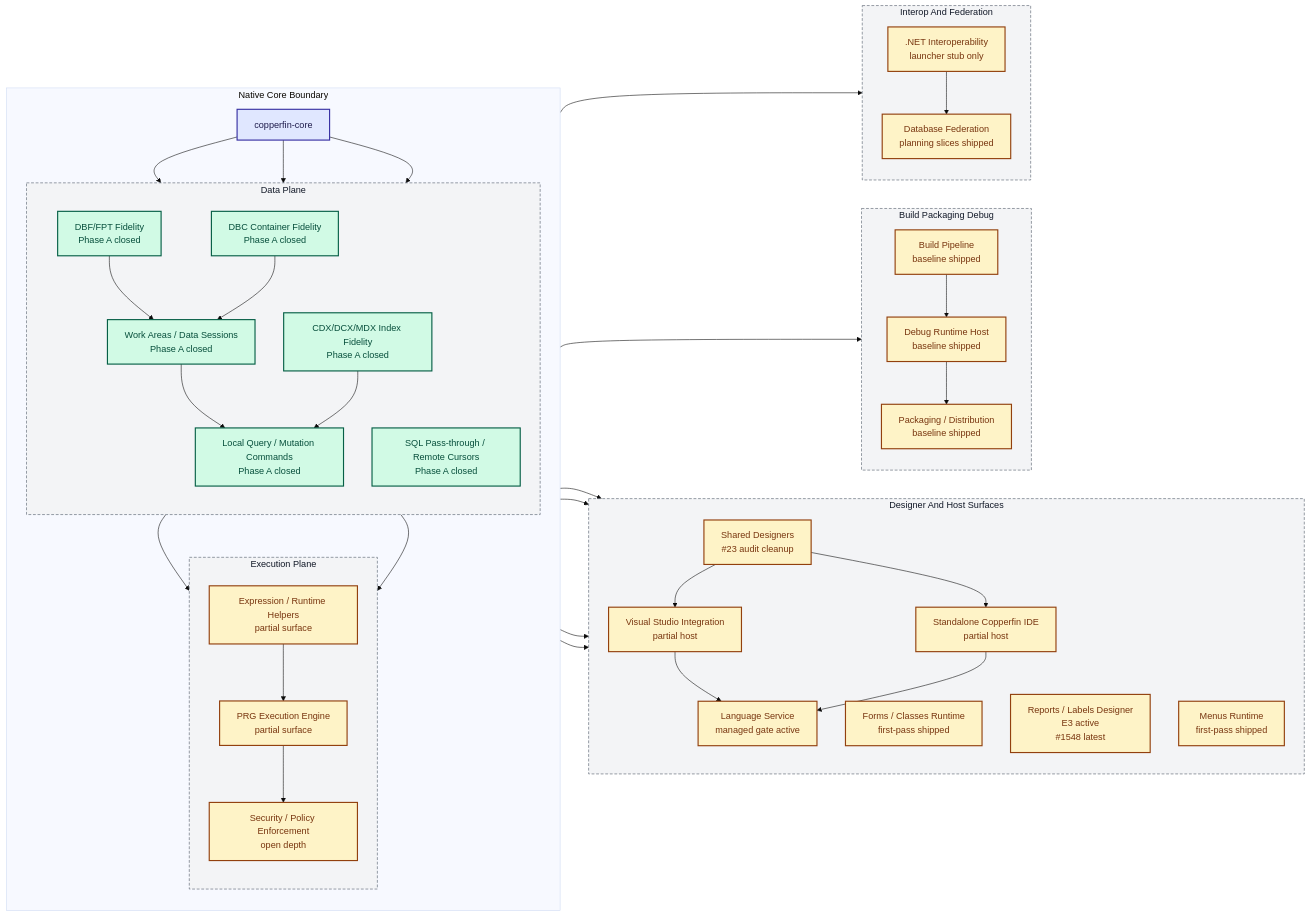
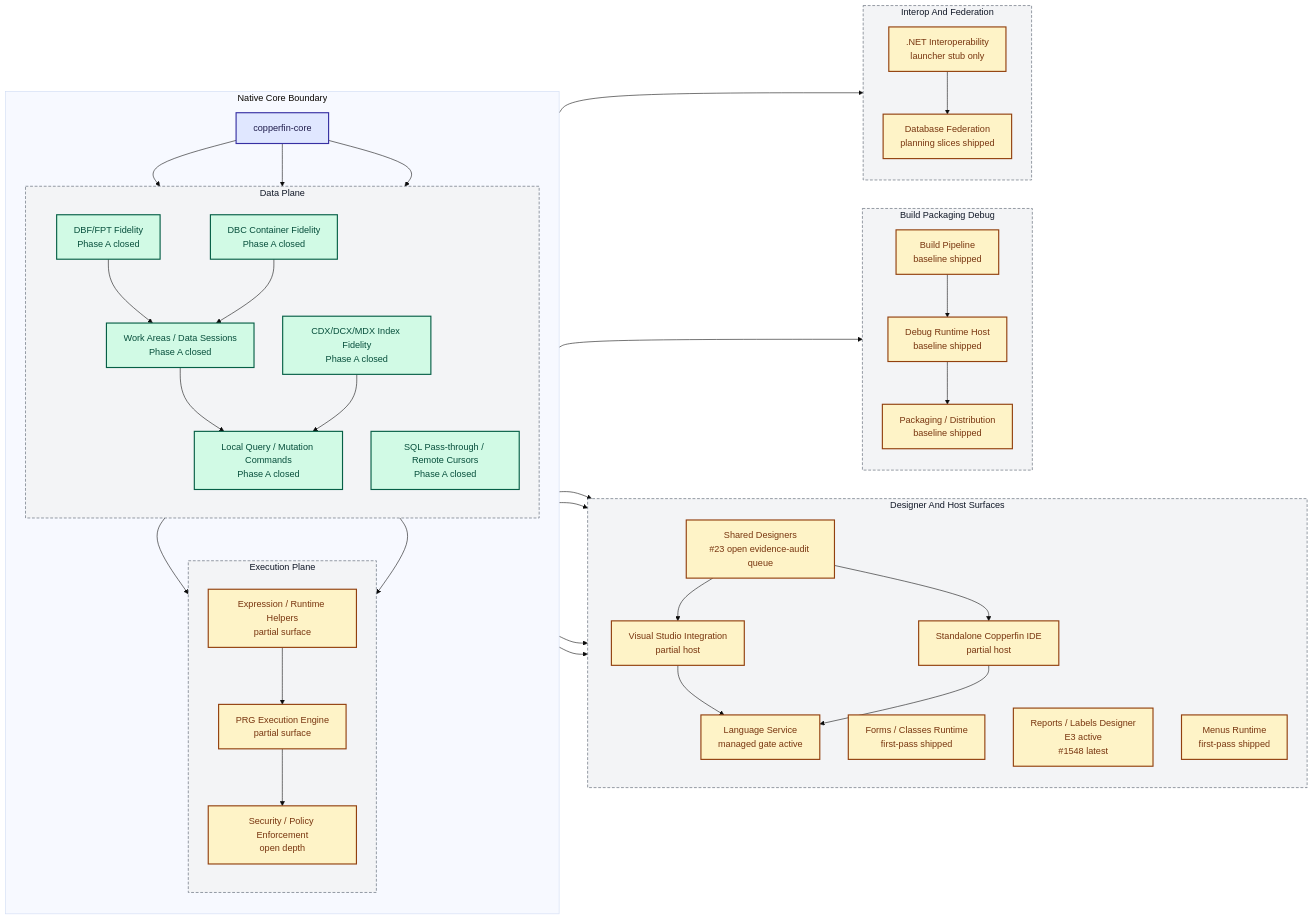
One commit to rhamenator/Project-Copperfin changed the diagram in docs/02-architecture.md. Above: the diagram before and after it, drawn with Mermaid (base theme). The commit also changed 6 other files, not shown here.

Commit message:
Refresh docs issue status diagrams

```diff
--- a/docs/02-architecture.md
+++ b/docs/02-architecture.md
@@ -34,7 +34,7 @@
 
     subgraph UXHosts[Designer And Host Surfaces]
         direction TB
-        DES["Shared Designers<br/>#23 audit cleanup"]
+        DES["Shared Designers<br/>#23 open evidence-audit queue"]
         FORMS["Forms / Classes Runtime<br/>first-pass shipped"]
         RPT["Reports / Labels Designer<br/>E3 active<br/>#1548 latest"]
         MENU["Menus Runtime<br/>first-pass shipped"]
```
